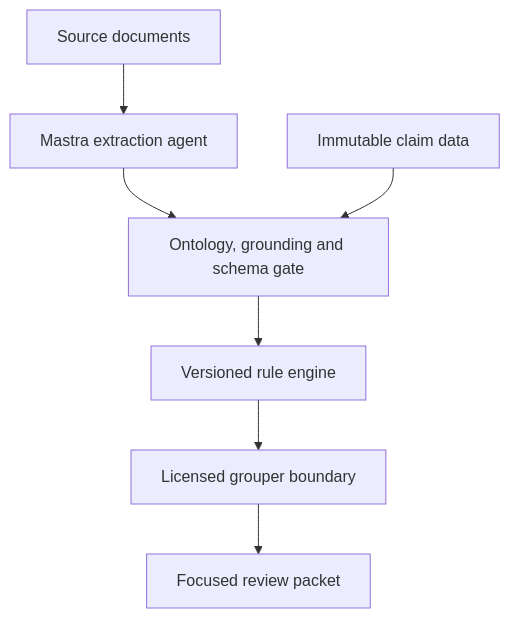
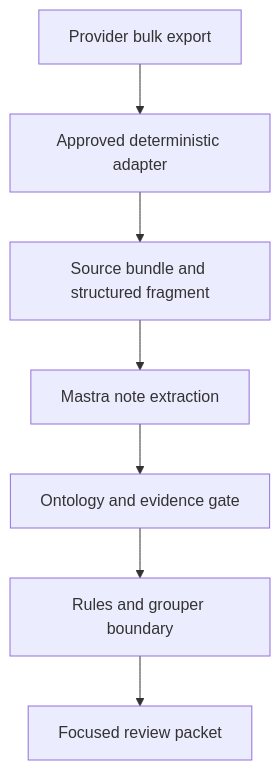
One commit to sahilk873/DRG-MVP changed the diagram in README.md. Above: the diagram before and after it, drawn with Mermaid. The commit also changed other lines of this file and 35 other files, not shown here.

Commit message:
feat: add deterministic bulk adapter factory

````diff
--- a/README.md
+++ b/README.md
@@ -11,9 +11,9 @@
 ```mermaid
 flowchart TD
-    A["Source documents"] --> B["Mastra extraction agent"]
-    B --> C["Ontology, grounding and schema gate"]
-    H["Immutable claim data"] --> C
-    C --> D["Versioned rule engine"]
-    D --> E["Licensed grouper boundary"]
-    E --> F["Focused review packet"]
+    A["Provider bulk export"] --> B["Approved deterministic adapter"]
+    B --> C["Source bundle and structured fragment"]
+    C --> D["Mastra note extraction"]
+    D --> E["Ontology and evidence gate"]
+    E --> F["Rules and grouper boundary"]
+    F --> G["Focused review packet"]
 ```
````
